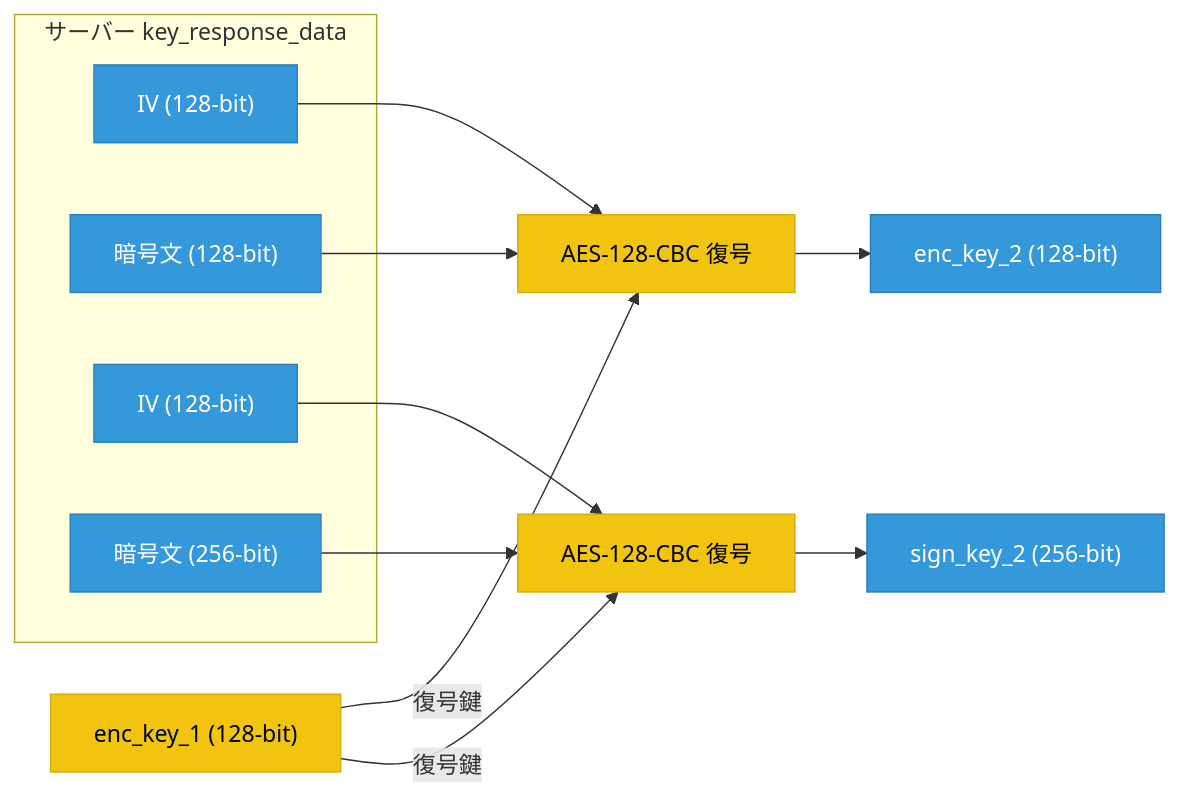
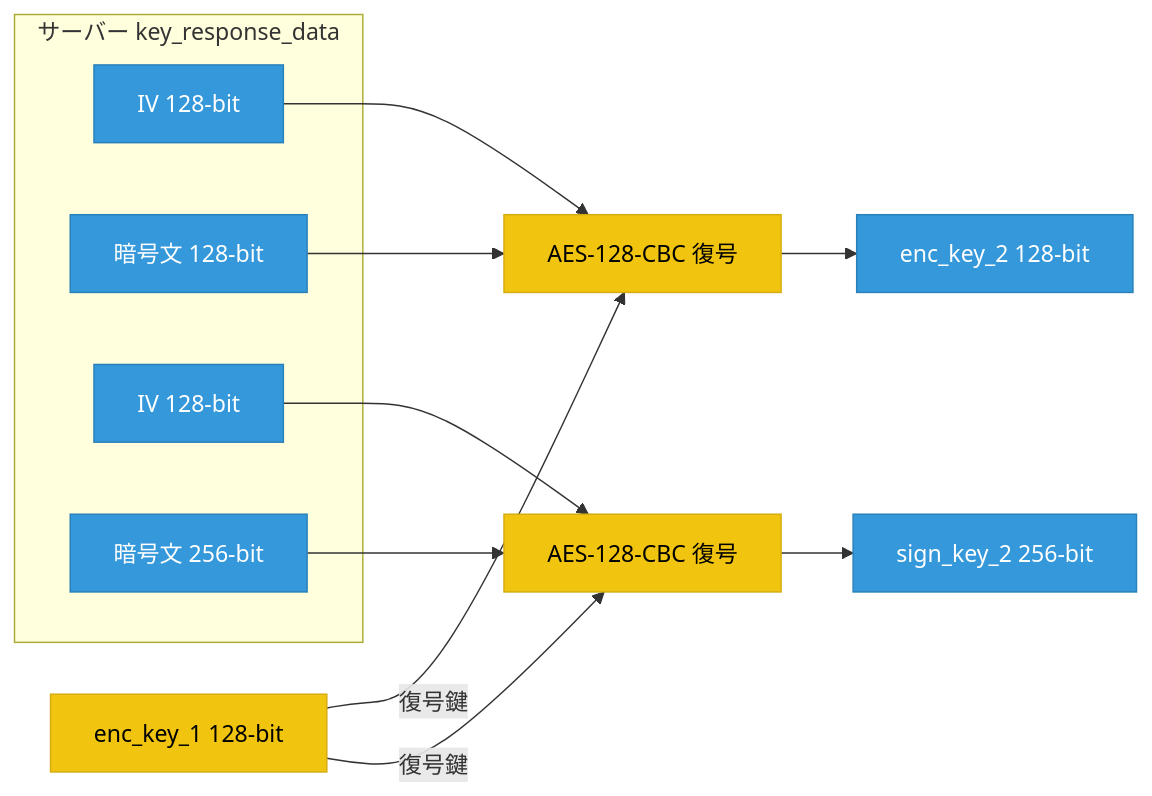
Before and after one commit to qtmleap/revkit: the fourth of 5 diagrams in docs/spec/msl_key_relationship.md, drawn with Mermaid. The commit also changed other lines of this file, not shown here.

First line of the commit message:
fix(docs): Mermaid図の括弧をパース可能な形式に修正

````diff
--- a/docs/spec/msl_key_relationship.md
+++ b/docs/spec/msl_key_relationship.md
@@ -203,32 +203,32 @@
 ```mermaid
 graph LR
     subgraph "サーバー key_response_data"
-        IV1["IV (128-bit)"]
-        CT1["暗号文 (128-bit)"]
-        IV2["IV (128-bit)"]
-        CT2["暗号文 (256-bit)"]
+        IV1["IV 128-bit"]
+        CT1["暗号文 128-bit"]
+        IV2["IV 128-bit"]
+        CT2["暗号文 256-bit"]
     end
 
-    ENC1["enc_key_1 (128-bit)"] -->|復号鍵| DEC1["AES-128-CBC 復号"]
+    ENC1["enc_key_1 128-bit"] -->|復号鍵| DEC1["AES-128-CBC 復号"]
     IV1 --> DEC1
     CT1 --> DEC1
-    DEC1 --> ENC2["enc_key_2 (128-bit)"]
+    DEC1 --> ENC2["enc_key_2 128-bit"]
 
     ENC1 -->|復号鍵| DEC2["AES-128-CBC 復号"]
     IV2 --> DEC2
     CT2 --> DEC2
-    DEC2 --> SIGN2["sign_key_2 (256-bit)"]
+    DEC2 --> SIGN2["sign_key_2 256-bit"]
 
     %% 黄: 計算可能
     style ENC1 fill:#f1c40f,stroke:#d4ac0f,color:#000
     style DEC1 fill:#f1c40f,stroke:#d4ac0f,color:#000
     style DEC2 fill:#f1c40f,stroke:#d4ac0f,color:#000
 
     %% 青: サーバーレスポンス由来
     style IV1 fill:#3498db,stroke:#2980b9,color:#fff
     style CT1 fill:#3498db,stroke:#2980b9,color:#fff
     style IV2 fill:#3498db,stroke:#2980b9,color:#fff
     style CT2 fill:#3498db,stroke:#2980b9,color:#fff
     style ENC2 fill:#3498db,stroke:#2980b9,color:#fff
     style SIGN2 fill:#3498db,stroke:#2980b9,color:#fff
 ```
````
